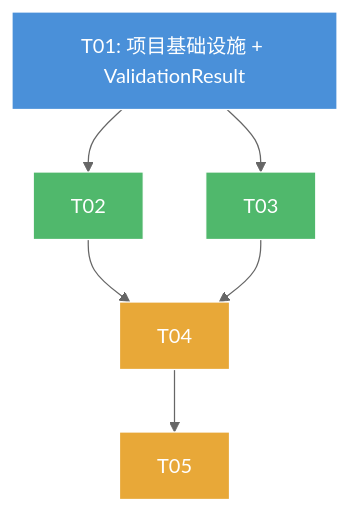
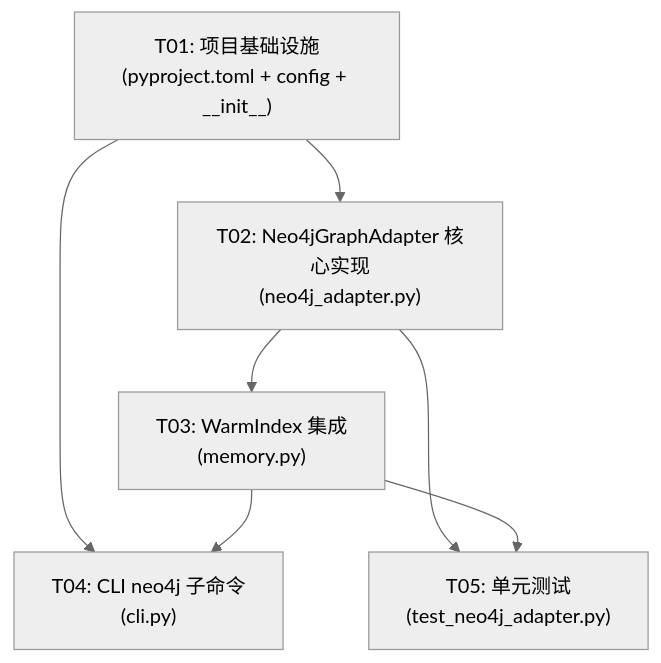
One commit to sunnyang1/adl-lite changed the fifth of 5 diagrams in docs/system_design.md. Above: the diagram before and after it, drawn with Mermaid (neutral theme). The commit also changed other lines of this file and 4 other files, not shown here.

Commit message:
docs: add F25 Neo4j adapter design docs and update Merkle anchor

````diff
--- a/docs/system_design.md
+++ b/docs/system_design.md
@@ -463,14 +359,15 @@
 ```mermaid
 graph TD
-    T01["T01: 项目基础设施 + ValidationResult"] --> T02
-    T01 --> T03
-    T02 --> T04
+    T01["T01: 项目基础设施<br/>(pyproject.toml + config + __init__)"]
+    T02["T02: Neo4jGraphAdapter 核心实现<br/>(neo4j_adapter.py)"]
+    T03["T03: WarmIndex 集成<br/>(memory.py)"]
+    T04["T04: CLI neo4j 子命令<br/>(cli.py)"]
+    T05["T05: 单元测试<br/>(test_neo4j_adapter.py)"]
+
+    T01 --> T02
+    T02 --> T03
+    T01 --> T04
     T03 --> T04
-    T04 --> T05
-
-    style T01 fill:#4a90d9,stroke:#fff,color:#fff
-    style T02 fill:#50b86c,stroke:#fff,color:#fff
-    style T03 fill:#50b86c,stroke:#fff,color:#fff
-    style T04 fill:#e8a838,stroke:#fff,color:#fff
-    style T05 fill:#e8a838,stroke:#fff,color:#fff
+    T02 --> T05
+    T03 --> T05
 ```
````
